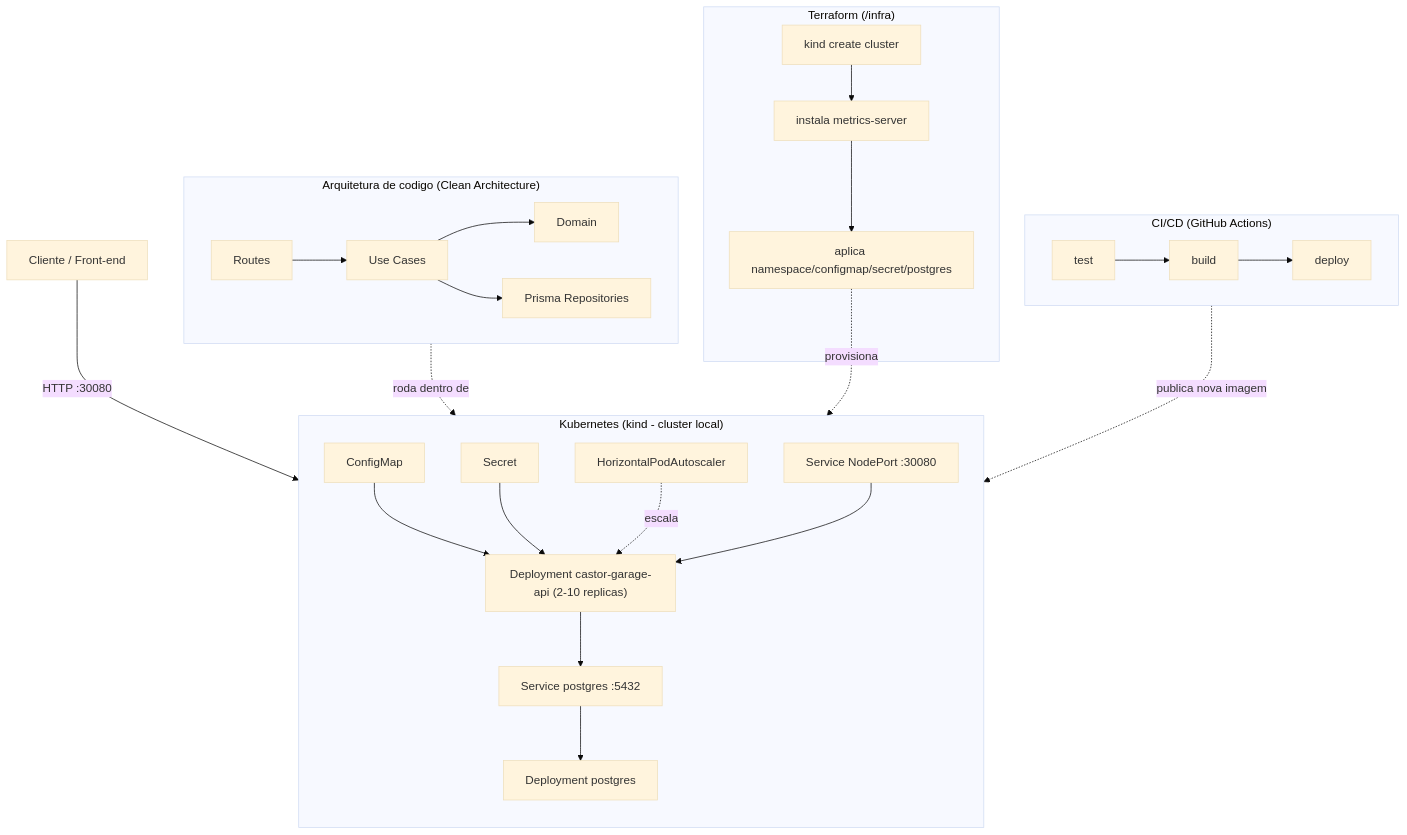
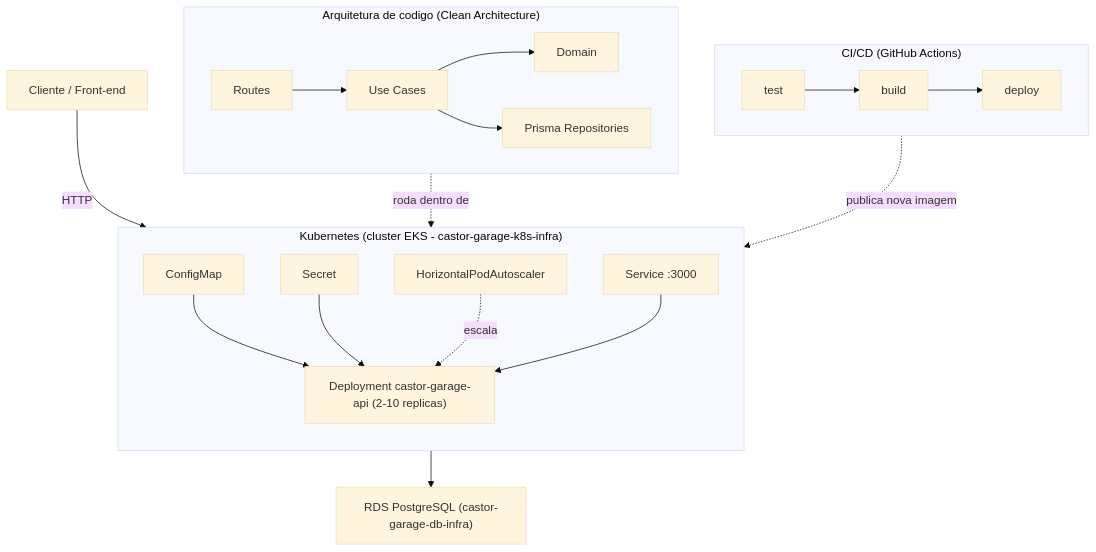
One commit to Castor-Garage/mecanica-pos-SOAT changed the diagram in README.md. Above: the diagram before and after it, drawn with Mermaid (base theme). The commit also changed other lines of this file and 23 other files, not shown here.

First line of the commit message:
feat: remove Kubernetes e infra de banco do repo da aplicacao

````diff
--- a/README.md
+++ b/README.md
@@ -106,34 +106,29 @@
 ```mermaid
 flowchart TB
-  Client["Cliente / Front-end"] -->|HTTP :30080| Svc
+  Client["Cliente / Front-end"] -->|HTTP| Svc
 
   subgraph API["Arquitetura de codigo (Clean Architecture)"]
     Routes["Routes"] --> UseCases["Use Cases"]
     UseCases --> Domain["Domain"]
     UseCases --> Repos["Prisma Repositories"]
   end
 
   API -. roda dentro de .-> Deploy
 
-  subgraph K8s["Kubernetes (kind - cluster local)"]
+  subgraph K8s["Kubernetes (cluster EKS - castor-garage-k8s-infra)"]
     direction TB
     CM["ConfigMap"] --> Deploy
     Secret["Secret"] --> Deploy
     HPA["HorizontalPodAutoscaler"] -. escala .-> Deploy["Deployment castor-garage-api (2-10 replicas)"]
-    Svc["Service NodePort :30080"] --> Deploy
-    Deploy --> PgSvc["Service postgres :5432"] --> PgDeploy["Deployment postgres"]
+    Svc["Service :3000"] --> Deploy
   end
 
-  subgraph TF["Terraform (/infra)"]
-    T1["kind create cluster"] --> T2["instala metrics-server"] --> T3["aplica namespace/configmap/secret/postgres"]
-  end
-
-  T3 -. provisiona .-> K8s
+  Deploy --> RDS["RDS PostgreSQL (castor-garage-db-infra)"]
 
   subgraph CICD["CI/CD (GitHub Actions)"]
     direction LR
     J1["test"] --> J2["build"] --> J3["deploy"]
   end
 
   J3 -. publica nova imagem .-> Deploy
 ```
````
